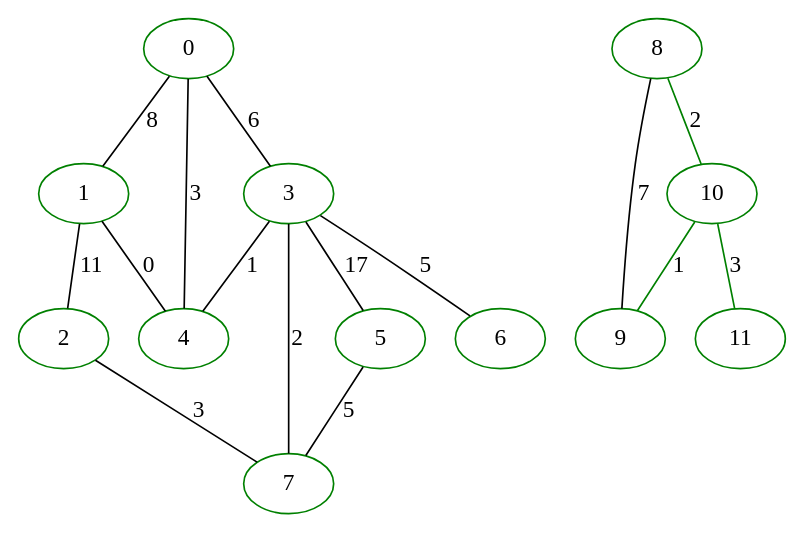
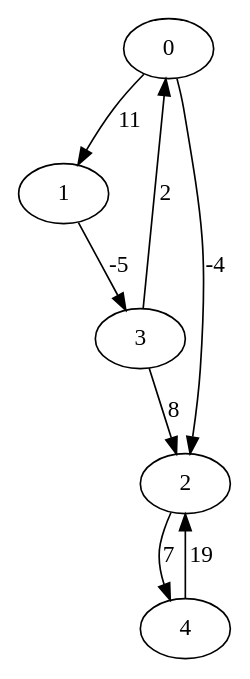
The diagram in output.dot (enzobonf/algoritmos-grafos), drawn with Graphviz before and after one commit. The commit also changed 6 other files, not shown here.

```diff
--- a/output.dot
+++ b/output.dot
@@ -1,29 +1,14 @@
-graph G {
-0 [label="0", color=green];
-1 [label="1", color=green];
-2 [label="2", color=green];
-3 [label="3", color=green];
-4 [label="4", color=green];
-5 [label="5", color=green];
-6 [label="6", color=green];
-7 [label="7", color=green];
-8 [label="8", color=green];
-9 [label="9", color=green];
-10 [label="10", color=green];
-11 [label="11", color=green];
-10 -- 9 [label="1", color=green];
-8 -- 10 [label="2", color=green];
-10 -- 11 [label="3", color=green];
-0 -- 1 [label="8"];
-0 -- 3 [label="6"];
-0 -- 4 [label="3"];
-1 -- 2 [label="11"];
-1 -- 4 [label="0"];
-2 -- 7 [label="3"];
-3 -- 4 [label="1"];
-3 -- 5 [label="17"];
-3 -- 6 [label="5"];
-3 -- 7 [label="2"];
-5 -- 7 [label="5"];
-8 -- 9 [label="7"];
+digraph G {
+0 [label="0"];
+1 [label="1"];
+2 [label="2"];
+3 [label="3"];
+4 [label="4"];
+0 -> 1 [label="11"];
+0 -> 2 [label="-4"];
+1 -> 3 [label="-5"];
+2 -> 4 [label="7"];
+3 -> 0 [label="2"];
+3 -> 2 [label="8"];
+4 -> 2 [label="19"];
 }
```
